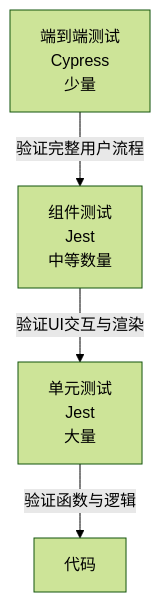
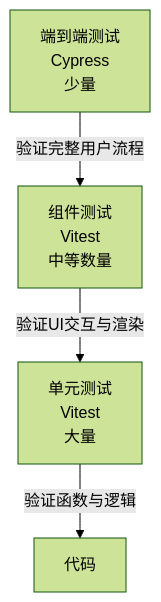
One commit to fengerzh/react-vscode-template changed the second of 2 diagrams in .qoder/repowiki/zh/content/测试策略/测试策略.md. Above: the diagram before and after it, drawn with Mermaid (forest theme). The commit also changed other lines of this file and 4 other files, not shown here.

````diff
--- a/.qoder/repowiki/zh/content/测试策略/测试策略.md
+++ b/.qoder/repowiki/zh/content/测试策略/测试策略.md
@@ -69,6 +71,6 @@
 ```mermaid
 graph TD
-A[端到端测试<br/>Cypress<br/>少量] --> |验证完整用户流程| B[组件测试<br/>Jest<br/>中等数量]
-B --> |验证UI交互与渲染| C[单元测试<br/>Jest<br/>大量]
+A[端到端测试<br/>Cypress<br/>少量] --> |验证完整用户流程| B[组件测试<br/>Vitest<br/>中等数量]
+B --> |验证UI交互与渲染| C[单元测试<br/>Vitest<br/>大量]
 C --> |验证函数与逻辑| D[代码]
 ```
````
